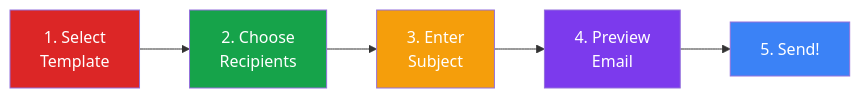
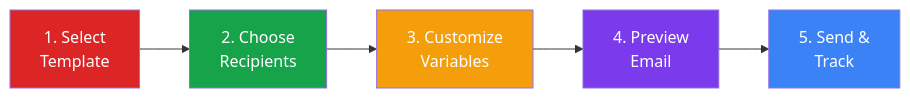
Before and after one commit to ChanMeng666/send-joy: the tenth of 11 diagrams in TUTORIAL.md, drawn with Mermaid. The commit also changed other lines of this file and 1 other file, not shown here.

````diff
--- a/TUTORIAL.md
+++ b/TUTORIAL.md
@@ -538,13 +627,13 @@
 ```mermaid
 flowchart LR
-    S1[1. Select<br/>Template] --> S2[2. Choose<br/>Recipients]
-    S2 --> S3[3. Enter<br/>Subject]
-    S3 --> S4[4. Preview<br/>Email]
-    S4 --> S5[5. Send!]
+    S1["1. Select<br/>Template"] --> S2["2. Choose<br/>Recipients"]
+    S2 --> S3["3. Customize<br/>Variables"]
+    S3 --> S4["4. Preview<br/>Email"]
+    S4 --> S5["5. Send &<br/>Track"]
 
     style S1 fill:#DC2626,color:#fff
     style S2 fill:#16A34A,color:#fff
     style S3 fill:#F59E0B,color:#fff
     style S4 fill:#7C3AED,color:#fff
     style S5 fill:#3B82F6,color:#fff
 ```
````
